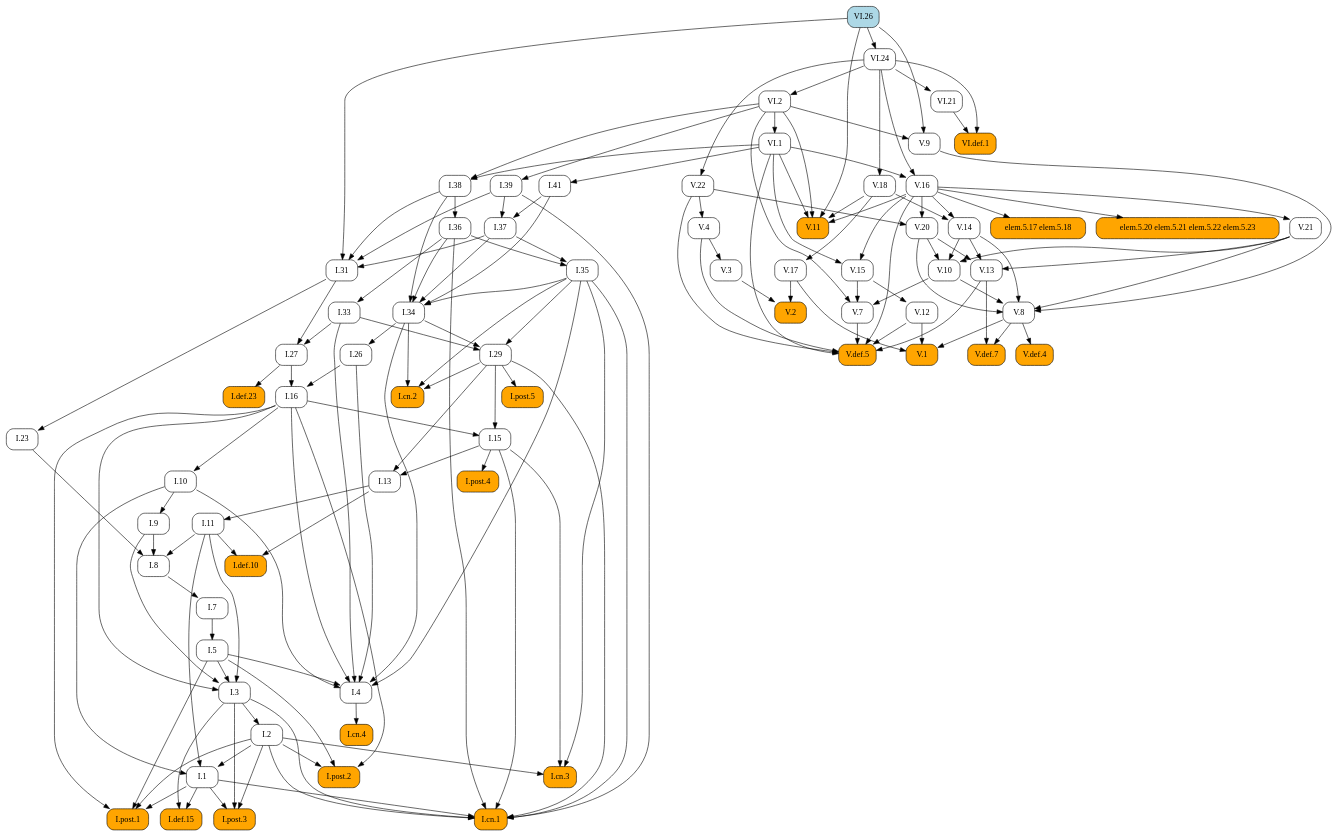
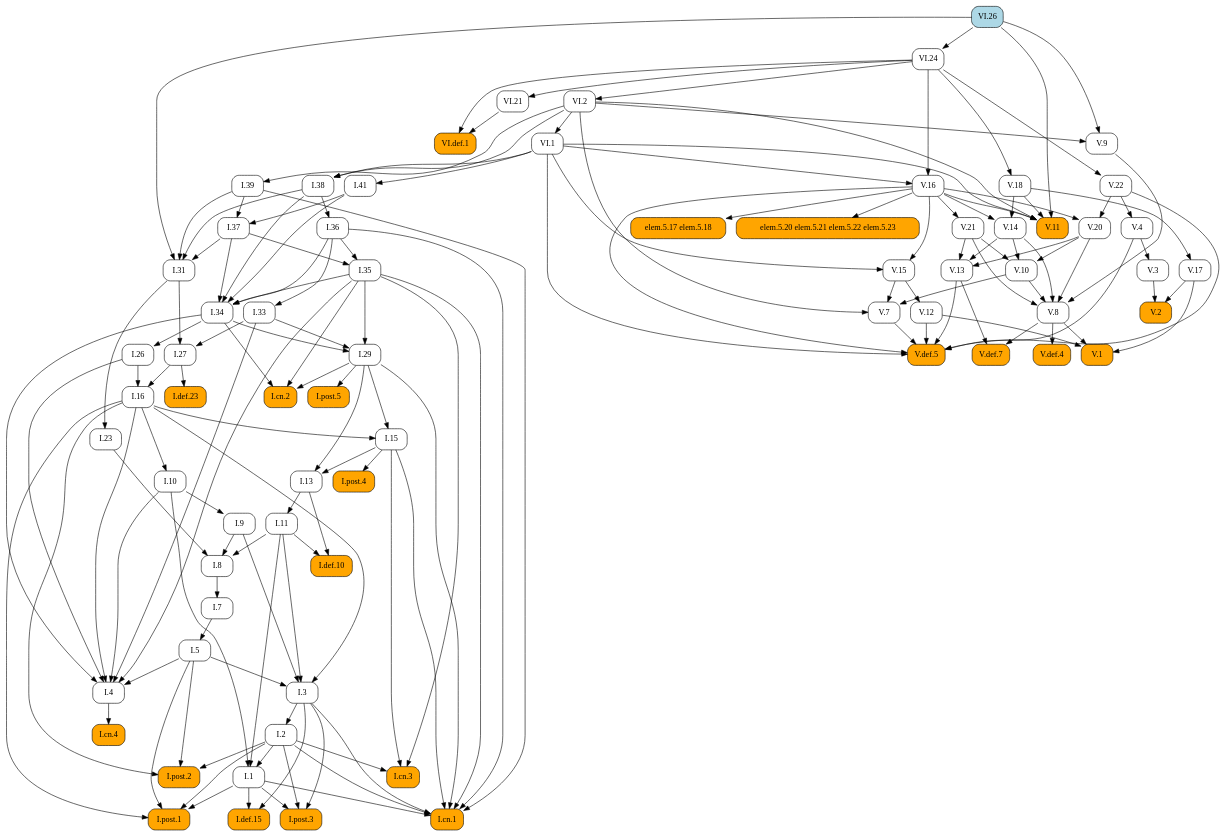
Before and after one commit to geometor/elements: the diagram in docsrc/heath/VI/26/index.rst, drawn with Graphviz. The commit also changed other lines of this file and 484 other files, not shown here.

```diff
--- a/docsrc/heath/VI/26/index.rst
+++ b/docsrc/heath/VI/26/index.rst
@@ -50,82 +50,168 @@
    digraph {
      rankdir="TB";
      node [shape=box, style=rounded];
+     "I.23" [URL="/heath/I/23/", target="_top"];
+     "I.9" [URL="/heath/I/9/", target="_top"];
+     "VI.def.1" [style="rounded,filled", fillcolor=orange, URL="/heath/VI/def.1/", target="_top"];
+     "V.13" [URL="/heath/V/13/", target="_top"];
+     "I.def.15" [style="rounded,filled", fillcolor=orange, URL="/heath/I/def.15/", target="_top"];
+     "V.7" [URL="/heath/V/7/", target="_top"];
+     "elem.5.17 elem.5.18" [style="rounded,filled", fillcolor=orange];
+     "I.post.1" [style="rounded,filled", fillcolor=orange, URL="/heath/I/post.1/", target="_top"];
+     "V.14" [URL="/heath/V/14/", target="_top"];
+     "V.9" [URL="/heath/V/9/", target="_top"];
+     "I.31" [URL="/heath/I/31/", target="_top"];
+     "V.10" [URL="/heath/V/10/", target="_top"];
      "I.def.10" [style="rounded,filled", fillcolor=orange, URL="/heath/I/def.10/", target="_top"];
+     "V.4" [URL="/heath/V/4/", target="_top"];
+     "VI.1" [URL="/heath/VI/1/", target="_top"];
+     "I.39" [URL="/heath/I/39/", target="_top"];
+     "V.11" [style="rounded,filled", fillcolor=orange, URL="/heath/V/11/", target="_top"];
+     "V.17" [URL="/heath/V/17/", target="_top"];
+     "I.34" [URL="/heath/I/34/", target="_top"];
+     "I.3" [URL="/heath/I/3/", target="_top"];
+     "V.def.4" [style="rounded,filled", fillcolor=orange, URL="/heath/V/def.4/", target="_top"];
+     "V.def.7" [style="rounded,filled", fillcolor=orange, URL="/heath/V/def.7/", target="_top"];
+     "V.21" [URL="/heath/V/21/", target="_top"];
+     "I.2" [URL="/heath/I/2/", target="_top"];
+     "V.3" [URL="/heath/V/3/", target="_top"];
+     "I.13" [URL="/heath/I/13/", target="_top"];
+     "I.post.4" [style="rounded,filled", fillcolor=orange, URL="/heath/I/post.4/", target="_top"];
+     "I.4" [URL="/heath/I/4/", target="_top"];
+     "I.1" [URL="/heath/I/1/", target="_top"];
+     "I.8" [URL="/heath/I/8/", target="_top"];
+     "I.29" [URL="/heath/I/29/", target="_top"];
+     "V.8" [URL="/heath/V/8/", target="_top"];
+     "VI.24" [URL="/heath/VI/24/", target="_top"];
+     "I.38" [URL="/heath/I/38/", target="_top"];
+     "I.15" [URL="/heath/I/15/", target="_top"];
+     "I.10" [URL="/heath/I/10/", target="_top"];
      "I.11" [URL="/heath/I/11/", target="_top"];
-     "I.post.4" [style="rounded,filled", fillcolor=orange, URL="/heath/I/post.4/", target="_top"];
-     "I.1" [URL="/heath/I/1/", target="_top"];
+     "I.def.23" [style="rounded,filled", fillcolor=orange, URL="/heath/I/def.23/", target="_top"];
      "VI.21" [URL="/heath/VI/21/", target="_top"];
+     "I.26" [URL="/heath/I/26/", target="_top"];
+     "V.16" [URL="/heath/V/16/", target="_top"];
+     "I.33" [URL="/heath/I/33/", target="_top"];
+     "VI.26" [style="rounded,filled", fillcolor=lightblue, URL="/heath/VI/26/", target="_top"];
+     "I.post.3" [style="rounded,filled", fillcolor=orange, URL="/heath/I/post.3/", target="_top"];
      "V.def.5" [style="rounded,filled", fillcolor=orange, URL="/heath/V/def.5/", target="_top"];
-     "V.13" [URL="/heath/V/13/", target="_top"];
-     "V.11" [style="rounded,filled", fillcolor=orange, URL="/heath/V/11/", target="_top"];
-     "I.post.3" [style="rounded,filled", fillcolor=orange, URL="/heath/I/post.3/", target="_top"];
-     "VI.1" [URL="/heath/VI/1/", target="_top"];
-     "I.cn.3" [style="rounded,filled", fillcolor=orange, URL="/heath/I/cn.3/", target="_top"];
-     "V.16" [URL="/heath/V/16/", target="_top"];
-     "V.3" [URL="/heath/V/3/", target="_top"];
-     "V.8" [URL="/heath/V/8/", target="_top"];
      "I.27" [URL="/heath/I/27/", target="_top"];
-     "I.36" [URL="/heath/I/36/", target="_top"];
-     "I.41" [URL="/heath/I/41/", target="_top"];
-     "I.37" [URL="/heath/I/37/", target="_top"];
-     "I.34" [URL="/heath/I/34/", target="_top"];
-     "I.2" [URL="/heath/I/2/", target="_top"];
-     "I.def.23" [style="rounded,filled", fillcolor=orange, URL="/heath/I/def.23/", target="_top"];
-     "I.33" [URL="/heath/I/33/", target="_top"];
-     "I.post.2" [style="rounded,filled", fillcolor=orange, URL="/heath/I/post.2/", target="_top"];
-     "VI.def.1" [style="rounded,filled", fillcolor=orange, URL="/heath/VI/def.1/", target="_top"];
-     "elem.5.20 elem.5.21 elem.5.22 elem.5.23" [style="rounded,filled", fillcolor=orange];
-     "I.9" [URL="/heath/I/9/", target="_top"];
-     "VI.26" [style="rounded,filled", fillcolor=lightblue, URL="/heath/VI/26/", target="_top"];
-     "V.def.4" [style="rounded,filled", fillcolor=orange, URL="/heath/V/def.4/", target="_top"];
-     "I.cn.4" [style="rounded,filled", fillcolor=orange, URL="/heath/I/cn.4/", target="_top"];
-     "I.15" [URL="/heath/I/15/", target="_top"];
-     "I.38" [URL="/heath/I/38/", target="_top"];
-     "V.def.7" [style="rounded,filled", fillcolor=orange, URL="/heath/V/def.7/", target="_top"];
-     "I.5" [URL="/heath/I/5/", target="_top"];
-     "V.21" [URL="/heath/V/21/", target="_top"];
-     "I.39" [URL="/heath/I/39/", target="_top"];
-     "I.26" [URL="/heath/I/26/", target="_top"];
-     "V.14" [URL="/heath/V/14/", target="_top"];
-     "I.29" [URL="/heath/I/29/", target="_top"];
-     "V.22" [URL="/heath/V/22/", target="_top"];
+     "V.20" [URL="/heath/V/20/", target="_top"];
      "V.12" [URL="/heath/V/12/", target="_top"];
-     "I.cn.2" [style="rounded,filled", fillcolor=orange, URL="/heath/I/cn.2/", target="_top"];
-     "V.20" [URL="/heath/V/20/", target="_top"];
-     "V.10" [URL="/heath/V/10/", target="_top"];
-     "VI.2" [URL="/heath/VI/2/", target="_top"];
-     "I.def.15" [style="rounded,filled", fillcolor=orange, URL="/heath/I/def.15/", target="_top"];
-     "V.15" [URL="/heath/V/15/", target="_top"];
+     "V.2" [style="rounded,filled", fillcolor=orange, URL="/heath/V/2/", target="_top"];
      "I.cn.1" [style="rounded,filled", fillcolor=orange, URL="/heath/I/cn.1/", target="_top"];
-     "V.7" [URL="/heath/V/7/", target="_top"];
-     "V.9" [URL="/heath/V/9/", target="_top"];
-     "V.18" [URL="/heath/V/18/", target="_top"];
-     "I.23" [URL="/heath/I/23/", target="_top"];
-     "I.post.1" [style="rounded,filled", fillcolor=orange, URL="/heath/I/post.1/", target="_top"];
      "I.35" [URL="/heath/I/35/", target="_top"];
      "I.7" [URL="/heath/I/7/", target="_top"];
-     "I.3" [URL="/heath/I/3/", target="_top"];
-     "I.4" [URL="/heath/I/4/", target="_top"];
-     "V.17" [URL="/heath/V/17/", target="_top"];
-     "I.13" [URL="/heath/I/13/", target="_top"];
-     "V.4" [URL="/heath/V/4/", target="_top"];
-     "I.31" [URL="/heath/I/31/", target="_top"];
+     "I.36" [URL="/heath/I/36/", target="_top"];
+     "I.5" [URL="/heath/I/5/", target="_top"];
+     "I.37" [URL="/heath/I/37/", target="_top"];
+     "V.18" [URL="/heath/V/18/", target="_top"];
+     "I.cn.3" [style="rounded,filled", fillcolor=orange, URL="/heath/I/cn.3/", target="_top"];
+     "I.16" [URL="/heath/I/16/", target="_top"];
+     "V.22" [URL="/heath/V/22/", target="_top"];
      "V.1" [style="rounded,filled", fillcolor=orange, URL="/heath/V/1/", target="_top"];
-     "I.16" [URL="/heath/I/16/", target="_top"];
-     "VI.24" [URL="/heath/VI/24/", target="_top"];
-     "elem.5.17 elem.5.18" [style="rounded,filled", fillcolor=orange];
-     "I.8" [URL="/heath/I/8/", target="_top"];
-     "V.2" [style="rounded,filled", fillcolor=orange, URL="/heath/V/2/", target="_top"];
+     "I.cn.2" [style="rounded,filled", fillcolor=orange, URL="/heath/I/cn.2/", target="_top"];
      "I.post.5" [style="rounded,filled", fillcolor=orange, URL="/heath/I/post.5/", target="_top"];
-     "I.10" [URL="/heath/I/10/", target="_top"];
+     "VI.2" [URL="/heath/VI/2/", target="_top"];
+     "I.cn.4" [style="rounded,filled", fillcolor=orange, URL="/heath/I/cn.4/", target="_top"];
+     "V.15" [URL="/heath/V/15/", target="_top"];
+     "I.post.2" [style="rounded,filled", fillcolor=orange, URL="/heath/I/post.2/", target="_top"];
+     "I.41" [URL="/heath/I/41/", target="_top"];
+     "elem.5.20 elem.5.21 elem.5.22 elem.5.23" [style="rounded,filled", fillcolor=orange];
+     "I.31" -> "I.23";
+     "I.10" -> "I.9";
+     "VI.21" -> "VI.def.1";
+     "VI.24" -> "VI.def.1";
+     "V.14" -> "V.13";
+     "V.20" -> "V.13";
+     "V.21" -> "V.13";
+     "I.1" -> "I.def.15";
+     "I.3" -> "I.def.15";
+     "V.10" -> "V.7";
+     "V.15" -> "V.7";
+     "VI.2" -> "V.7";
+     "V.16" -> "elem.5.17 elem.5.18";
+     "I.1" -> "I.post.1";
+     "I.2" -> "I.post.1";
+     "I.5" -> "I.post.1";
+     "I.16" -> "I.post.1";
+     "V.16" -> "V.14";
+     "V.18" -> "V.14";
+     "VI.2" -> "V.9";
+     "VI.26" -> "V.9";
+     "I.37" -> "I.31";
+     "I.38" -> "I.31";
+     "I.39" -> "I.31";
+     "VI.26" -> "I.31";
+     "V.14" -> "V.10";
+     "V.20" -> "V.10";
+     "V.21" -> "V.10";
      "I.11" -> "I.def.10";
      "I.13" -> "I.def.10";
-     "I.13" -> "I.11";
+     "V.22" -> "V.4";
+     "VI.2" -> "VI.1";
+     "VI.2" -> "I.39";
+     "V.16" -> "V.11";
+     "V.18" -> "V.11";
+     "VI.1" -> "V.11";
+     "VI.2" -> "V.11";
+     "VI.26" -> "V.11";
+     "V.18" -> "V.17";
+     "I.35" -> "I.34";
+     "I.36" -> "I.34";
+     "I.37" -> "I.34";
+     "I.38" -> "I.34";
+     "I.41" -> "I.34";
+     "I.5" -> "I.3";
+     "I.9" -> "I.3";
+     "I.11" -> "I.3";
+     "I.16" -> "I.3";
+     "V.8" -> "V.def.4";
+     "V.8" -> "V.def.7";
+     "V.13" -> "V.def.7";
+     "V.16" -> "V.21";
+     "I.3" -> "I.2";
+     "V.4" -> "V.3";
+     "I.15" -> "I.13";
+     "I.29" -> "I.13";
      "I.15" -> "I.post.4";
+     "I.5" -> "I.4";
+     "I.10" -> "I.4";
+     "I.16" -> "I.4";
+     "I.26" -> "I.4";
+     "I.33" -> "I.4";
+     "I.34" -> "I.4";
+     "I.35" -> "I.4";
      "I.2" -> "I.1";
      "I.10" -> "I.1";
      "I.11" -> "I.1";
+     "I.9" -> "I.8";
+     "I.11" -> "I.8";
+     "I.23" -> "I.8";
+     "I.33" -> "I.29";
+     "I.34" -> "I.29";
+     "I.35" -> "I.29";
+     "V.9" -> "V.8";
+     "V.10" -> "V.8";
+     "V.14" -> "V.8";
+     "V.20" -> "V.8";
+     "V.21" -> "V.8";
+     "VI.26" -> "VI.24";
+     "VI.1" -> "I.38";
+     "VI.2" -> "I.38";
+     "I.16" -> "I.15";
+     "I.29" -> "I.15";
+     "I.16" -> "I.10";
+     "I.13" -> "I.11";
+     "I.27" -> "I.def.23";
      "VI.24" -> "VI.21";
+     "I.34" -> "I.26";
+     "VI.1" -> "V.16";
+     "VI.24" -> "V.16";
+     "I.36" -> "I.33";
+     "I.1" -> "I.post.3";
+     "I.2" -> "I.post.3";
+     "I.3" -> "I.post.3";
      "V.4" -> "V.def.5";
      "V.7" -> "V.def.5";
      "V.12" -> "V.def.5";
@@ -133,82 +219,13 @@
      "V.16" -> "V.def.5";
      "V.22" -> "V.def.5";
      "VI.1" -> "V.def.5";
-     "V.14" -> "V.13";
-     "V.20" -> "V.13";
-     "V.21" -> "V.13";
-     "V.16" -> "V.11";
-     "V.18" -> "V.11";
-     "VI.1" -> "V.11";
-     "VI.2" -> "V.11";
-     "VI.26" -> "V.11";
-     "I.1" -> "I.post.3";
-     "I.2" -> "I.post.3";
-     "I.3" -> "I.post.3";
-     "VI.2" -> "VI.1";
-     "I.2" -> "I.cn.3";
-     "I.15" -> "I.cn.3";
-     "I.35" -> "I.cn.3";
-     "VI.1" -> "V.16";
-     "VI.24" -> "V.16";
-     "V.4" -> "V.3";
-     "V.9" -> "V.8";
-     "V.10" -> "V.8";
-     "V.14" -> "V.8";
-     "V.20" -> "V.8";
-     "V.21" -> "V.8";
      "I.31" -> "I.27";
      "I.33" -> "I.27";
-     "I.38" -> "I.36";
-     "VI.1" -> "I.41";
-     "I.39" -> "I.37";
-     "I.41" -> "I.37";
-     "I.35" -> "I.34";
-     "I.36" -> "I.34";
-     "I.37" -> "I.34";
-     "I.38" -> "I.34";
-     "I.41" -> "I.34";
-     "I.3" -> "I.2";
-     "I.27" -> "I.def.23";
-     "I.36" -> "I.33";
-     "I.2" -> "I.post.2";
-     "I.5" -> "I.post.2";
-     "I.16" -> "I.post.2";
-     "VI.21" -> "VI.def.1";
-     "VI.24" -> "VI.def.1";
-     "V.16" -> "elem.5.20 elem.5.21 elem.5.22 elem.5.23";
-     "I.10" -> "I.9";
-     "V.8" -> "V.def.4";
-     "I.4" -> "I.cn.4";
-     "I.16" -> "I.15";
-     "I.29" -> "I.15";
-     "VI.1" -> "I.38";
-     "VI.2" -> "I.38";
-     "V.8" -> "V.def.7";
-     "V.13" -> "V.def.7";
-     "I.7" -> "I.5";
-     "V.16" -> "V.21";
-     "VI.2" -> "I.39";
-     "I.34" -> "I.26";
-     "V.16" -> "V.14";
-     "V.18" -> "V.14";
-     "I.33" -> "I.29";
-     "I.34" -> "I.29";
-     "I.35" -> "I.29";
-     "VI.24" -> "V.22";
-     "V.15" -> "V.12";
-     "I.29" -> "I.cn.2";
-     "I.34" -> "I.cn.2";
-     "I.35" -> "I.cn.2";
      "V.16" -> "V.20";
      "V.22" -> "V.20";
-     "V.14" -> "V.10";
-     "V.20" -> "V.10";
-     "V.21" -> "V.10";
-     "VI.24" -> "VI.2";
-     "I.1" -> "I.def.15";
-     "I.3" -> "I.def.15";
-     "V.16" -> "V.15";
-     "VI.1" -> "V.15";
+     "V.15" -> "V.12";
+     "V.3" -> "V.2";
+     "V.17" -> "V.2";
      "I.1" -> "I.cn.1";
      "I.2" -> "I.cn.1";
      "I.3" -> "I.cn.1";
@@ -217,51 +234,34 @@
      "I.35" -> "I.cn.1";
      "I.36" -> "I.cn.1";
      "I.39" -> "I.cn.1";
-     "V.10" -> "V.7";
-     "V.15" -> "V.7";
-     "VI.2" -> "V.7";
-     "VI.2" -> "V.9";
-     "VI.26" -> "V.9";
-     "VI.24" -> "V.18";
-     "I.31" -> "I.23";
-     "I.1" -> "I.post.1";
-     "I.2" -> "I.post.1";
-     "I.5" -> "I.post.1";
-     "I.16" -> "I.post.1";
      "I.36" -> "I.35";
      "I.37" -> "I.35";
      "I.8" -> "I.7";
-     "I.5" -> "I.3";
-     "I.9" -> "I.3";
-     "I.11" -> "I.3";
-     "I.16" -> "I.3";
-     "I.5" -> "I.4";
-     "I.10" -> "I.4";
-     "I.16" -> "I.4";
-     "I.26" -> "I.4";
-     "I.33" -> "I.4";
-     "I.34" -> "I.4";
-     "I.35" -> "I.4";
-     "V.18" -> "V.17";
-     "I.15" -> "I.13";
-     "I.29" -> "I.13";
-     "V.22" -> "V.4";
-     "I.37" -> "I.31";
-     "I.38" -> "I.31";
-     "I.39" -> "I.31";
-     "VI.26" -> "I.31";
+     "I.38" -> "I.36";
+     "I.7" -> "I.5";
+     "I.39" -> "I.37";
+     "I.41" -> "I.37";
+     "VI.24" -> "V.18";
+     "I.2" -> "I.cn.3";
+     "I.15" -> "I.cn.3";
+     "I.35" -> "I.cn.3";
+     "I.26" -> "I.16";
+     "I.27" -> "I.16";
+     "VI.24" -> "V.22";
      "V.8" -> "V.1";
      "V.12" -> "V.1";
      "V.17" -> "V.1";
-     "I.26" -> "I.16";
-     "I.27" -> "I.16";
-     "VI.26" -> "VI.24";
-     "V.16" -> "elem.5.17 elem.5.18";
-     "I.9" -> "I.8";
-     "I.11" -> "I.8";
-     "I.23" -> "I.8";
-     "V.3" -> "V.2";
-     "V.17" -> "V.2";
+     "I.29" -> "I.cn.2";
+     "I.34" -> "I.cn.2";
+     "I.35" -> "I.cn.2";
      "I.29" -> "I.post.5";
-     "I.16" -> "I.10";
+     "VI.24" -> "VI.2";
+     "I.4" -> "I.cn.4";
+     "V.16" -> "V.15";
+     "VI.1" -> "V.15";
+     "I.2" -> "I.post.2";
+     "I.5" -> "I.post.2";
+     "I.16" -> "I.post.2";
+     "VI.1" -> "I.41";
+     "V.16" -> "elem.5.20 elem.5.21 elem.5.22 elem.5.23";
    }
```
